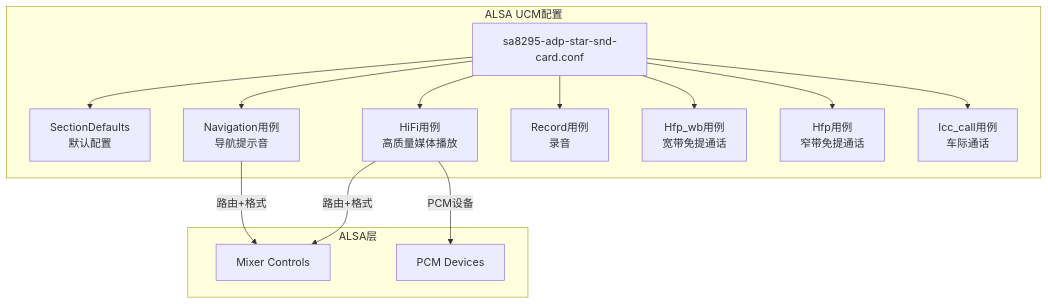
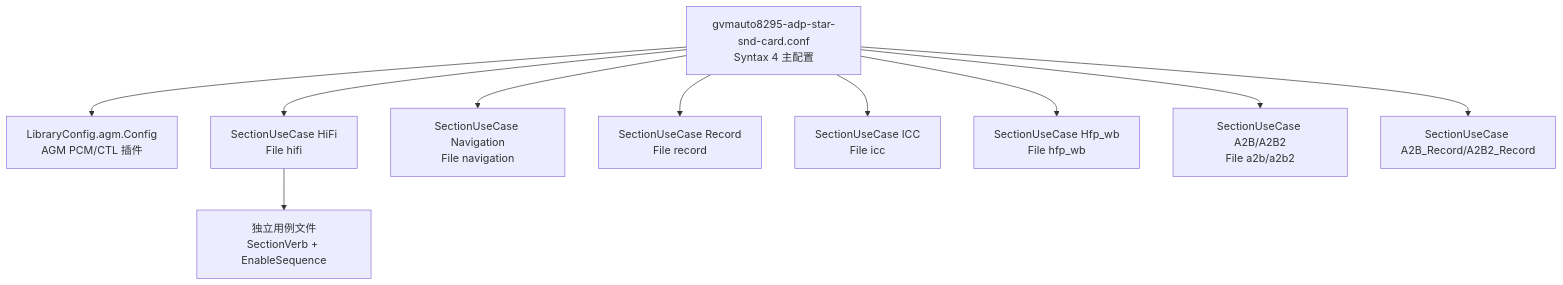
One commit to yanglinzhen1022/SA8295_AAOS_QNX_Audio_KnowledgeBase changed the diagram in 16_Vendor_QNX_Architecture/16_16.8_ALSA_UCM配置.md. Above: the diagram before and after it, drawn with Mermaid. The commit also changed other lines of this file and 48 other files, not shown here.

````diff
--- a/16_Vendor_QNX_Architecture/16_16.8_ALSA_UCM配置.md
+++ b/16_Vendor_QNX_Architecture/16_16.8_ALSA_UCM配置.md
@@ -11,30 +24,23 @@
 ```mermaid
 graph TB
-    subgraph UCM_Config["ALSA UCM配置"]
-        CONF[sa8295-adp-star-snd-card.conf]
-        DEFAULTS["SectionDefaults<br/>默认配置"]
-        HIFI["HiFi用例<br/>高质量媒体播放"]
-        NAVI["Navigation用例<br/>导航提示音"]
-        REC["Record用例<br/>录音"]
-        HFP["Hfp_wb用例<br/>宽带免提通话"]
-        HFP_NB["Hfp用例<br/>窄带免提通话"]
-        ICC["Icc_call用例<br/>车际通话"]
-    end
+    CONF["gvmauto8295-adp-star-snd-card.conf<br/>Syntax 4 主配置"]
+    LIB["LibraryConfig.agm.Config<br/>AGM PCM/CTL 插件"]
+    HIFI["SectionUseCase HiFi<br/>File hifi"]
+    NAVI["SectionUseCase Navigation<br/>File navigation"]
+    REC["SectionUseCase Record<br/>File record"]
+    ICC["SectionUseCase ICC<br/>File icc"]
+    HFP["SectionUseCase Hfp_wb<br/>File hfp_wb"]
+    A2B["SectionUseCase A2B/A2B2<br/>File a2b/a2b2"]
+    A2BR["SectionUseCase A2B_Record/A2B2_Record"]
 
-    CONF --> DEFAULTS
+    CONF --> LIB
     CONF --> HIFI
     CONF --> NAVI
     CONF --> REC
+    CONF --> ICC
     CONF --> HFP
-    CONF --> HFP_NB
-    CONF --> ICC
+    CONF --> A2B
+    CONF --> A2BR
 
-    subgraph ALSA["ALSA层"]
-        MIXER_CTRLS[Mixer Controls]
-        PCM_DEVS[PCM Devices]
-    end
-
-    HIFI -->|路由+格式| MIXER_CTRLS
-    HIFI -->|PCM设备| PCM_DEVS
-    NAVI -->|路由+格式| MIXER_CTRLS
+    HIFI --> VERB["独立用例文件<br/>SectionVerb + EnableSequence"]
 ```
````
